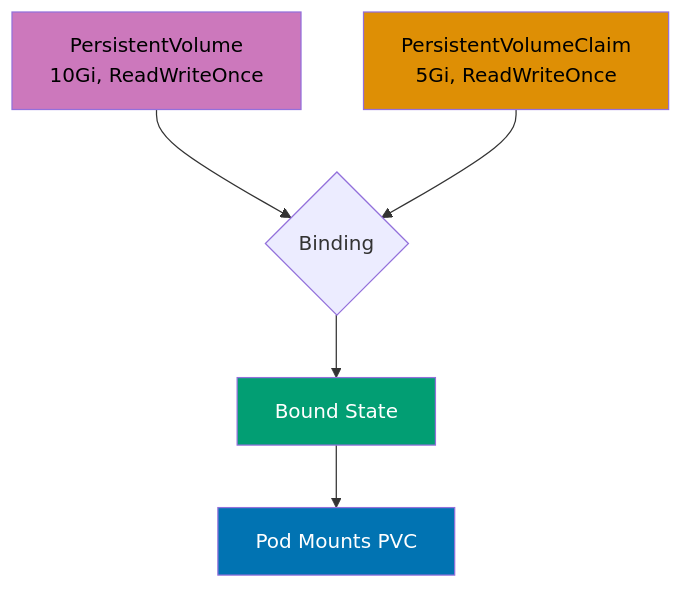
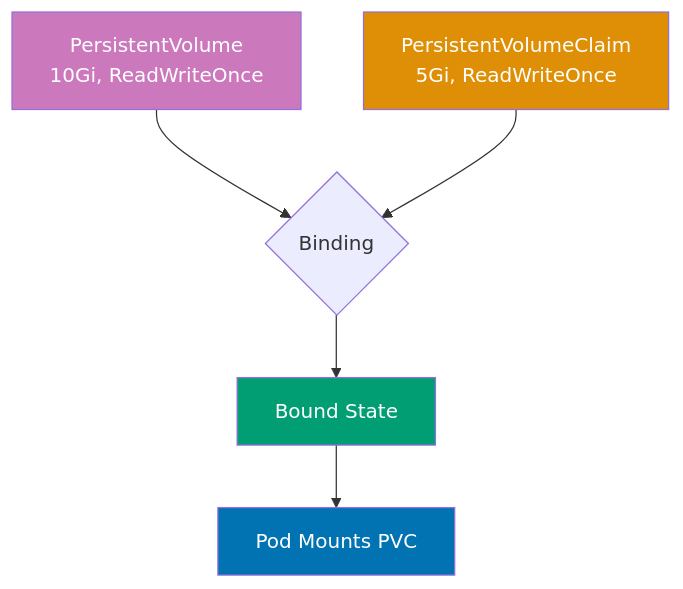
One commit to wahidyankf/open-sharia-enterprise changed the seventh of 12 diagrams in apps/ayokoding-web/content/en/learn/software-engineering/infrastructure/tools/kubernetes/by-example/intermediate.md. Above: the diagram before and after it, drawn with Mermaid. The commit also changed other lines of this file and 61 other files, not shown here.

First line of the commit message:
fix(ayokoding-web): quote Mermaid node labels with special characters in Example 63

````diff
--- a/apps/ayokoding-web/content/en/learn/software-engineering/infrastructure/tools/kubernetes/by-example/intermediate.md
+++ b/apps/ayokoding-web/content/en/learn/software-engineering/infrastructure/tools/kubernetes/by-example/intermediate.md
@@ -1572,13 +1572,13 @@
 ```mermaid
 %% PV and PVC binding
 graph TD
     A[PersistentVolume<br/>10Gi, ReadWriteOnce] --> B{Binding}
     C[PersistentVolumeClaim<br/>5Gi, ReadWriteOnce] --> B
     B --> D[Bound State]
     D --> E[Pod Mounts PVC]
 
-    style A fill:#CC78BC,color:#000
-    style C fill:#DE8F05,color:#000
+    style A fill:#CC78BC,color:#fff
+    style C fill:#DE8F05,color:#fff
     style D fill:#029E73,color:#fff
     style E fill:#0173B2,color:#fff
 ```
````
